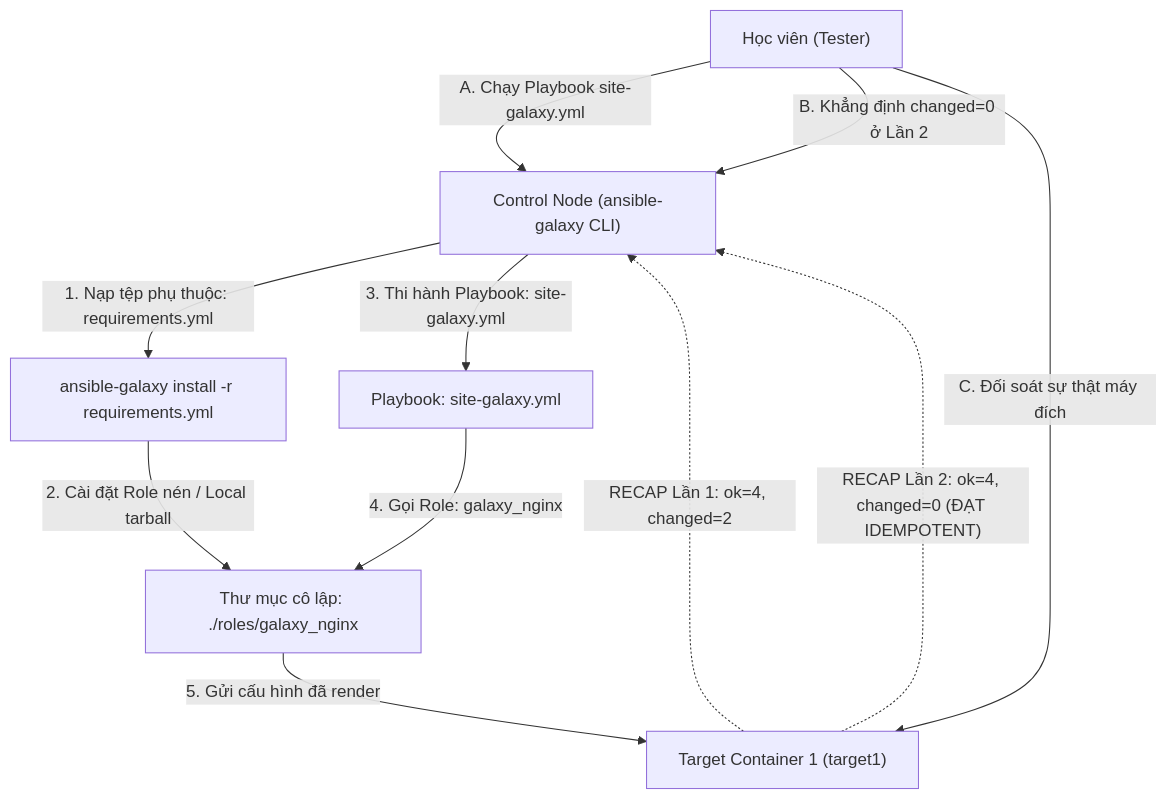
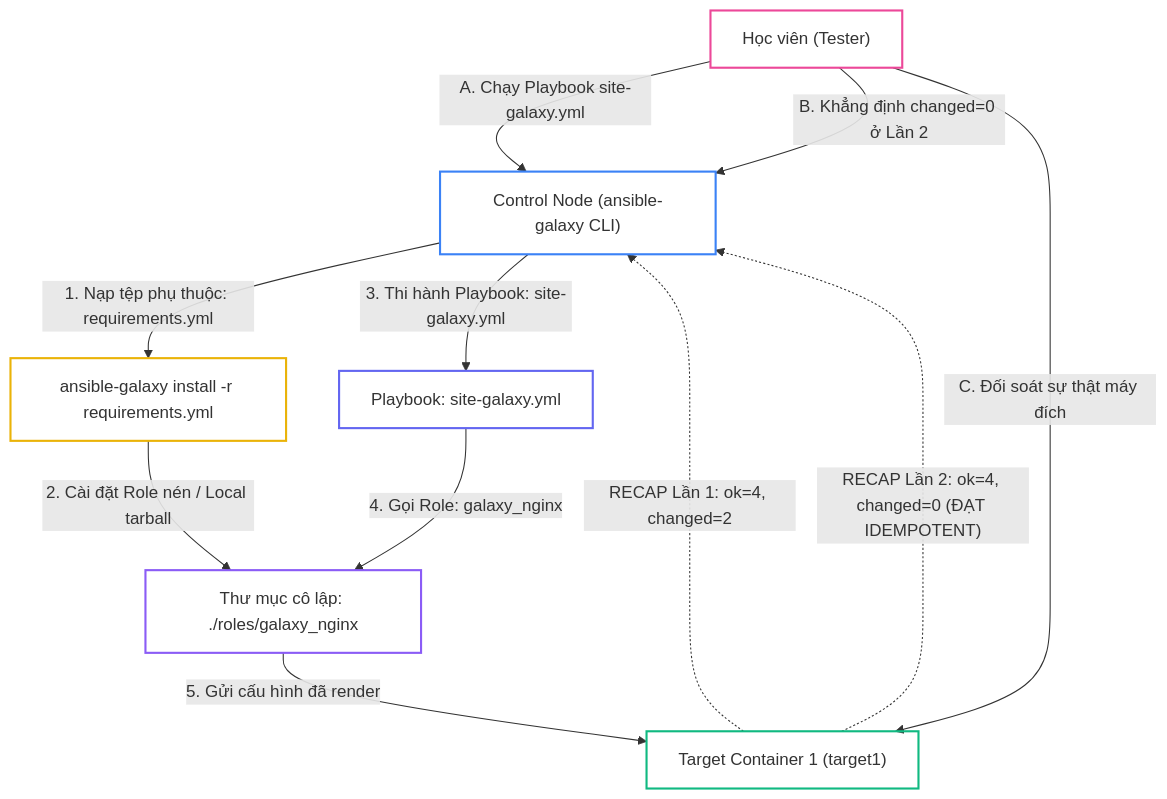
One commit to kiennt308/ntk changed the third of 3 diagrams in _posts/2026-09-13-ansible-16-16-ansible-galaxy.md. Above: the diagram before and after it, drawn with Mermaid. The commit also changed other lines of this file and 30 other files, not shown here.

````diff
--- a/_posts/2026-09-13-ansible-16-16-ansible-galaxy.md
+++ b/_posts/2026-09-13-ansible-16-16-ansible-galaxy.md
@@ -446,18 +466,25 @@
 ```mermaid
 graph TD
     SubGraph1["Control Node (ansible-galaxy CLI)"] -->|"1. Nạp tệp phụ thuộc: requirements.yml"| GLX["ansible-galaxy install -r requirements.yml"]
     
     GLX -->|"2. Cài đặt Role nén / Local tarball"| RDIR["Thư mục cô lập: ./roles/galaxy_nginx"]
     
     SubGraph1 -->|"3. Thi hành Playbook: site-galaxy.yml"| PB["Playbook: site-galaxy.yml"]
     PB -->|"4. Gọi Role: galaxy_nginx"| RDIR
     
     RDIR -->|"5. Gửi cấu hình đã render"| T1["Target Container 1 (target1)"]
     
-    T1 -. "RECAP Lần 1: ok=4, changed=2" .-> SubGraph1
-    T1 -. "RECAP Lần 2: ok=4, changed=0 (ĐẠT IDEMPOTENT)" .-> SubGraph1
+    T1 -.->|"RECAP Lần 1: ok=4, changed=2"| SubGraph1
+    T1 -.->|"RECAP Lần 2: ok=4, changed=0 (ĐẠT IDEMPOTENT)"| SubGraph1
     
     DEV["Học viên (Tester)"] -->|"A. Chạy Playbook site-galaxy.yml"| SubGraph1
     DEV -->|"B. Khẳng định changed=0 ở Lần 2"| SubGraph1
     DEV -->|"C. Đối soát sự thật máy đích"| T1
+
+    style SubGraph1 fill:none,stroke:#3b82f6,stroke-width:2px
+    style GLX fill:none,stroke:#eab308,stroke-width:2px
+    style RDIR fill:none,stroke:#8b5cf6,stroke-width:2px
+    style PB fill:none,stroke:#6366f1,stroke-width:2px
+    style T1 fill:none,stroke:#10b981,stroke-width:2px
+    style DEV fill:none,stroke:#ec4899,stroke-width:2px
 ```
````
